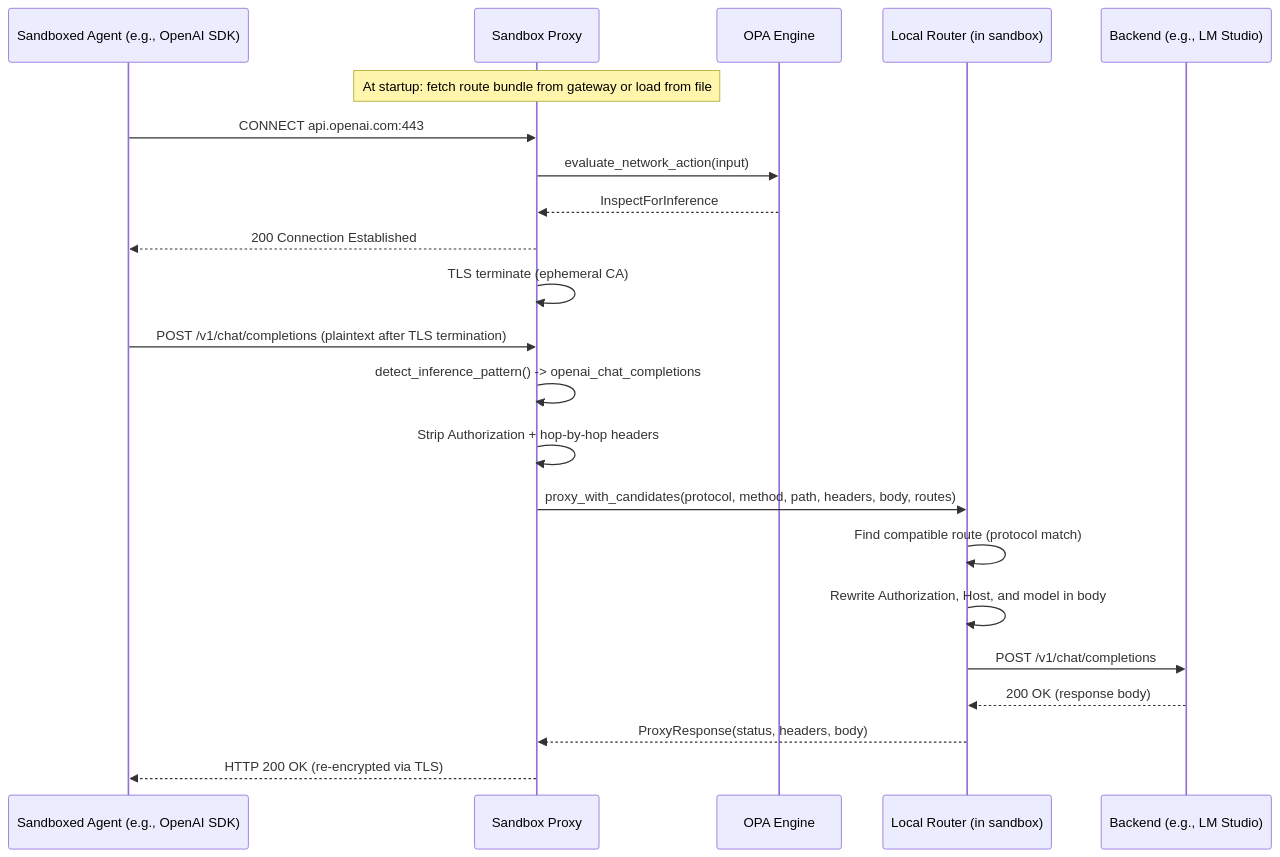
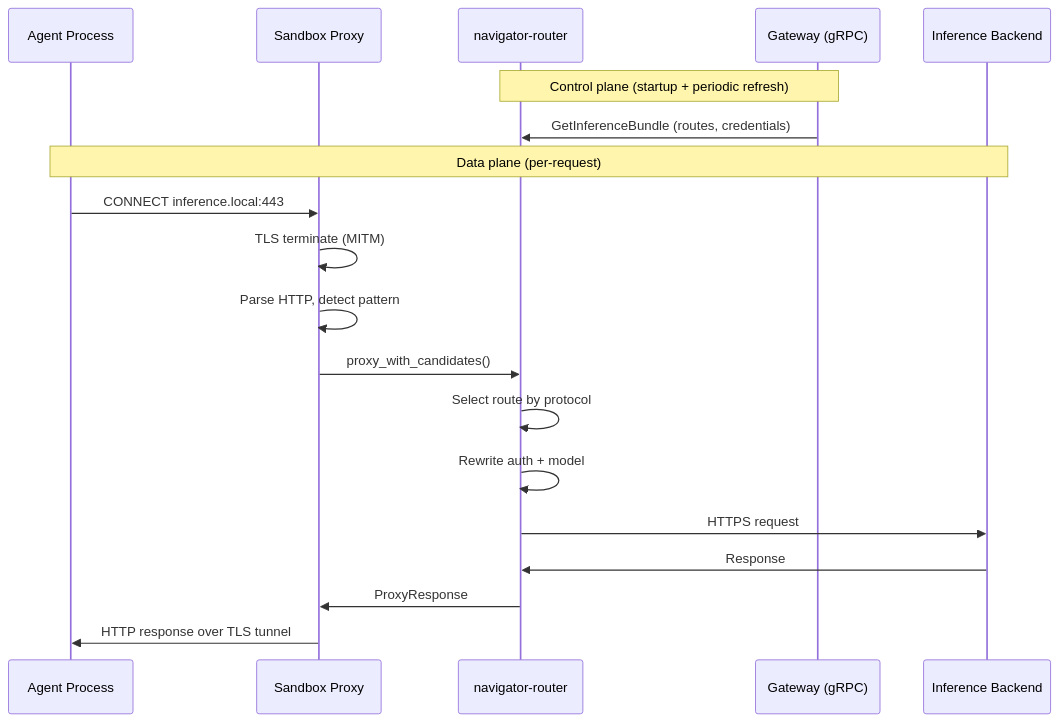
The diagram in architecture/inference-routing.md (NVIDIA/OpenShell), drawn with Mermaid before and after one commit. The commit also changed other lines of this file and 50 other files, not shown here.

First line of the commit message:
refactor(inference): simplify routing — introduce inference.local, remove implicit catch-all [skip ci]

````diff
--- a/architecture/inference-routing.md
+++ b/architecture/inference-routing.md
@@ -59,26 +9,23 @@
 ```mermaid
 sequenceDiagram
-    participant Agent as Sandboxed Agent (e.g., OpenAI SDK)
+    participant Agent as Agent Process
     participant Proxy as Sandbox Proxy
-    participant OPA as OPA Engine
-    participant Router as Local Router (in sandbox)
-    participant Backend as Backend (e.g., LM Studio)
+    participant Router as navigator-router
+    participant Gateway as Gateway (gRPC)
+    participant Backend as Inference Backend
 
-    Note over Proxy: At startup: fetch route bundle from gateway or load from file
+    Note over Gateway,Router: Control plane (startup + periodic refresh)
+    Gateway->>Router: GetInferenceBundle (routes, credentials)
 
-    Agent->>Proxy: CONNECT api.openai.com:443
-    Proxy->>OPA: evaluate_network_action(input)
-    OPA-->>Proxy: InspectForInference
-    Proxy-->>Agent: 200 Connection Established
-    Proxy->>Proxy: TLS terminate (ephemeral CA)
-    Agent->>Proxy: POST /v1/chat/completions (plaintext after TLS termination)
-    Proxy->>Proxy: detect_inference_pattern() -> openai_chat_completions
-    Proxy->>Proxy: Strip Authorization + hop-by-hop headers
-    Proxy->>Router: proxy_with_candidates(protocol, method, path, headers, body, routes)
-    Router->>Router: Find compatible route (protocol match)
-    Router->>Router: Rewrite Authorization, Host, and model in body
-    Router->>Backend: POST /v1/chat/completions
-    Backend-->>Router: 200 OK (response body)
-    Router-->>Proxy: ProxyResponse(status, headers, body)
-    Proxy-->>Agent: HTTP 200 OK (re-encrypted via TLS)
+    Note over Agent,Backend: Data plane (per-request)
+    Agent->>Proxy: CONNECT inference.local:443
+    Proxy->>Proxy: TLS terminate (MITM)
+    Proxy->>Proxy: Parse HTTP, detect pattern
+    Proxy->>Router: proxy_with_candidates()
+    Router->>Router: Select route by protocol
+    Router->>Router: Rewrite auth + model
+    Router->>Backend: HTTPS request
+    Backend->>Router: Response
+    Router->>Proxy: ProxyResponse
+    Proxy->>Agent: HTTP response over TLS tunnel
 ```
````
